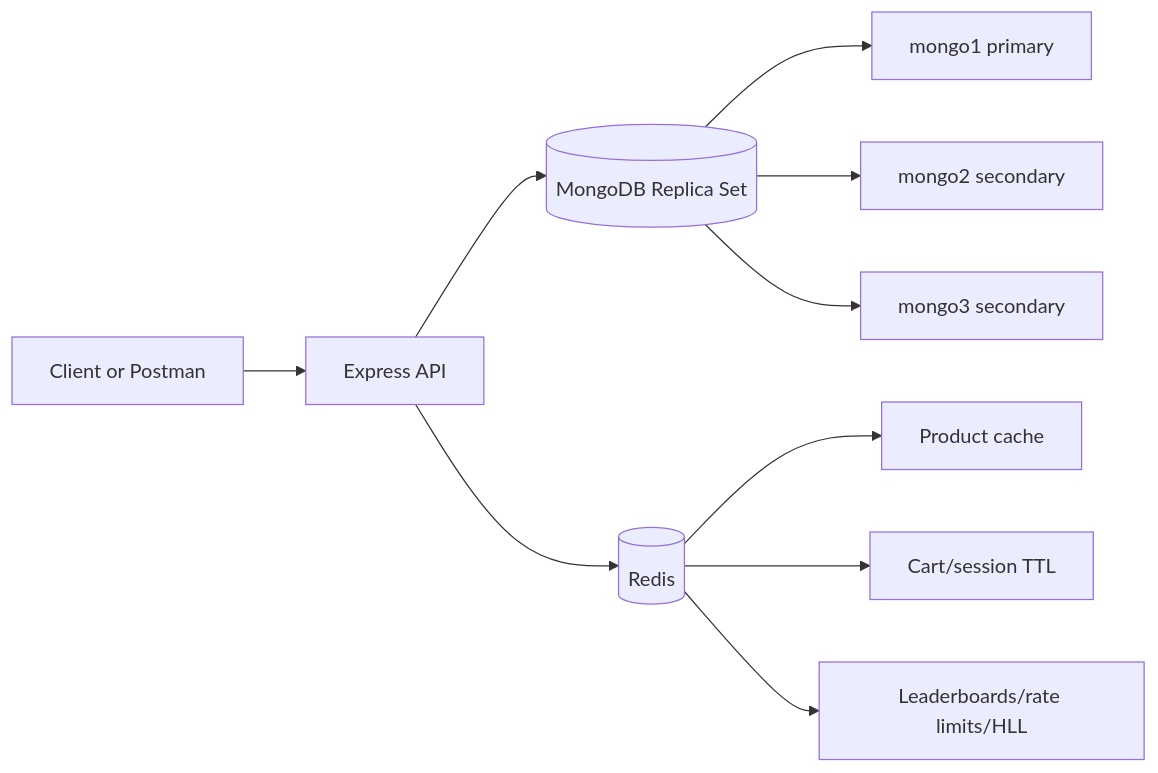
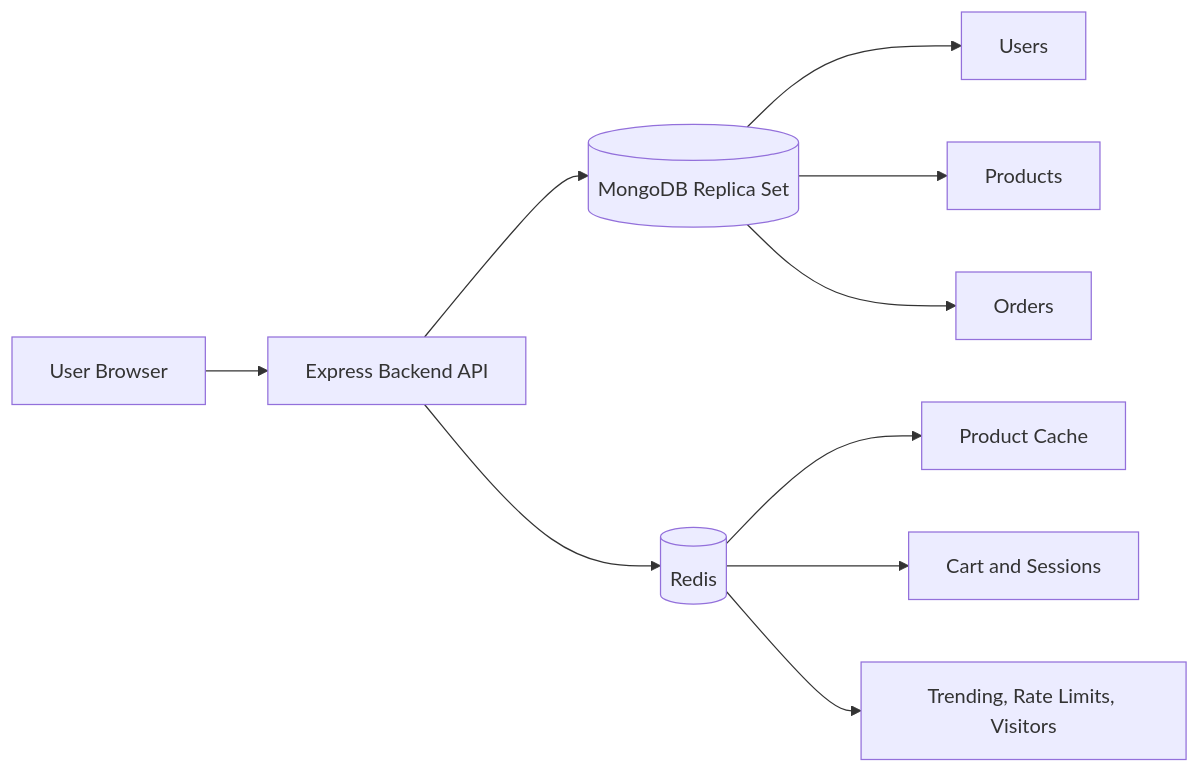
The diagram in report.md (liberationzany/DBS302_assignment), drawn with Mermaid before and after one commit. The commit also changed other lines of this file and 9 other files, not shown here.

````diff
--- a/report.md
+++ b/report.md
@@ -16,12 +28,12 @@
 ```mermaid
 flowchart LR
-  Client[Client or Postman] --> API[Express API]
+  User[User Browser] --> API[Express Backend API]
   API --> Mongo[(MongoDB Replica Set)]
   API --> Redis[(Redis)]
-  Mongo --> M1[mongo1 primary]
-  Mongo --> M2[mongo2 secondary]
-  Mongo --> M3[mongo3 secondary]
-  Redis --> Cache[Product cache]
-  Redis --> Cart[Cart/session TTL]
-  Redis --> Realtime[Leaderboards/rate limits/HLL]
+  Mongo --> Users[Users]
+  Mongo --> Products[Products]
+  Mongo --> Orders[Orders]
+  Redis --> Cache[Product Cache]
+  Redis --> Cart[Cart and Sessions]
+  Redis --> RealTime[Trending, Rate Limits, Visitors]
 ```
````
